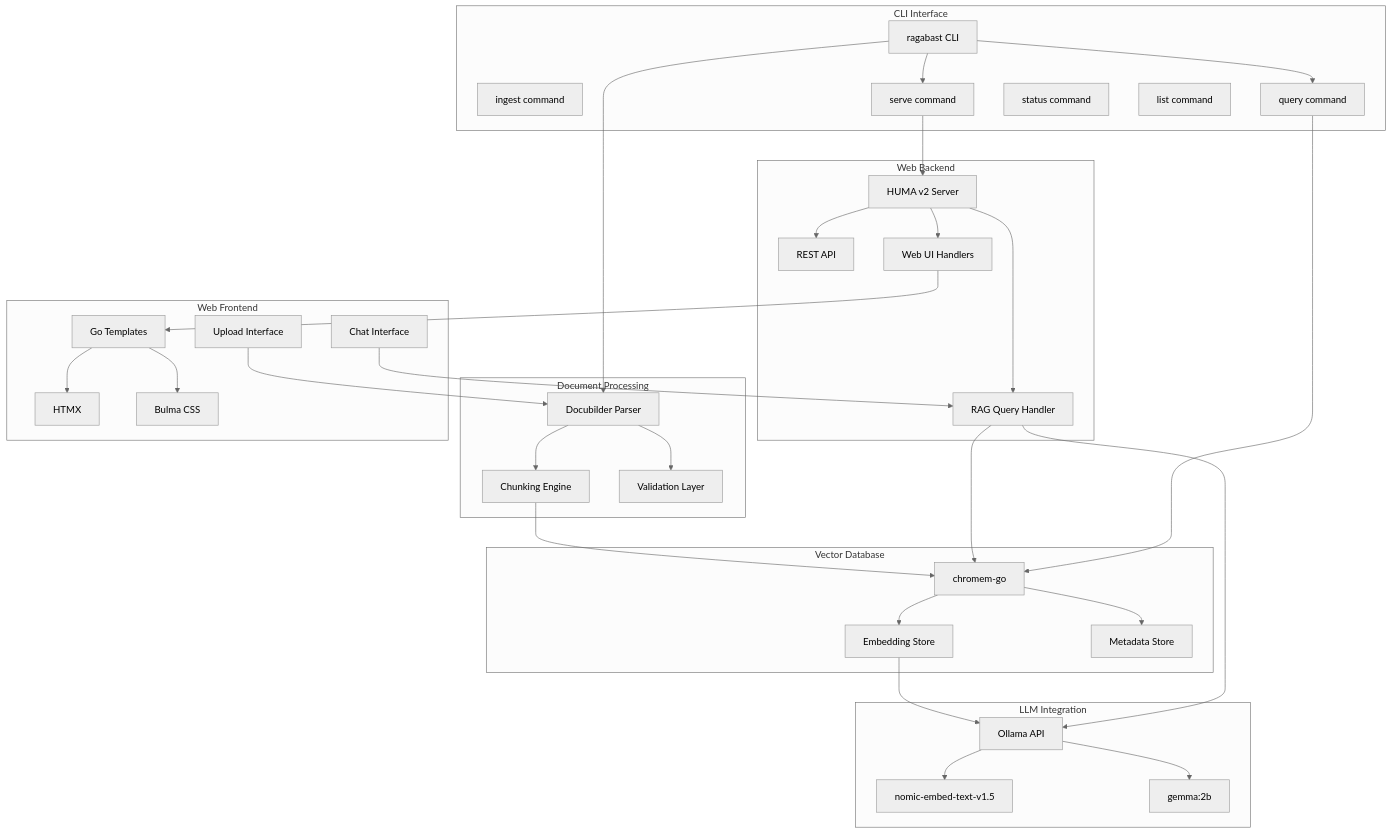
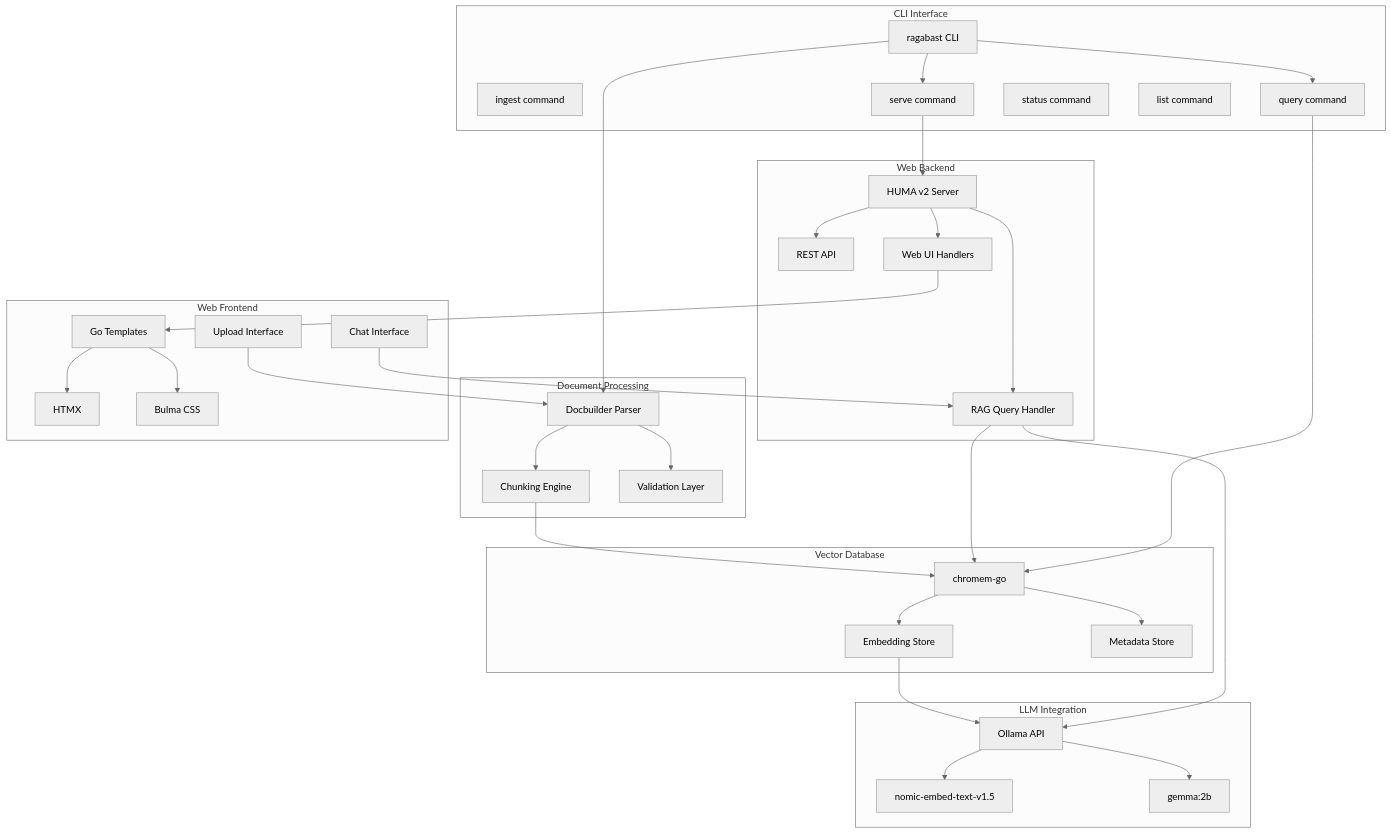
The diagram in plans/architecture.md (inful/ragabast), drawn with Mermaid (neutral theme) before and after one commit. The commit also changed other lines of this file and 10 other files, not shown here.

First line of the commit message:
refactor: rename Docubilder to Docbuilder

````diff
--- a/plans/architecture.md
+++ b/plans/architecture.md
@@ -5,76 +5,76 @@
 ```mermaid
 graph TB
     subgraph "CLI Interface"
         CLI[ragabast CLI]
         ingest[ingest command]
         query[query command]
         serve[serve command]
         status[status command]
         list[list command]
     end
 
     subgraph "Document Processing"
-        parser[Docubilder Parser]
+        parser[Docbuilder Parser]
         chunker[Chunking Engine]
         validator[Validation Layer]
     end
 
     subgraph "Vector Database"
         chromem[chromem-go]
         embeddings[Embedding Store]
         metadata[Metadata Store]
     end
 
     subgraph "LLM Integration"
         ollama[Ollama API]
         embed_model[nomic-embed-text-v1.5]
         gen_model[gemma:2b]
     end
 
     subgraph "Web Backend"
         server[HUMA v2 Server]
         api[REST API]
         web_handlers[Web UI Handlers]
         rag_endpoint[RAG Query Handler]
     end
 
     subgraph "Web Frontend"
         templates[Go Templates]
         htmx[HTMX]
         bulma[Bulma CSS]
         upload[Upload Interface]
         chat[Chat Interface]
     end
 
     CLI --> parser
     CLI --> query
     CLI --> serve
     
     parser --> validator
     parser --> chunker
     
     chunker --> chromem
     chromem --> embeddings
     chromem --> metadata
     
     embeddings --> ollama
     ollama --> embed_model
     
     serve --> server
     server --> api
     server --> web_handlers
     server --> rag_endpoint
     
     web_handlers --> templates
     templates --> htmx
     templates --> bulma
     
     upload --> parser
     chat --> rag_endpoint
     
     rag_endpoint --> ollama
     ollama --> gen_model
     rag_endpoint --> chromem
     
     query --> chromem
 ```
````
